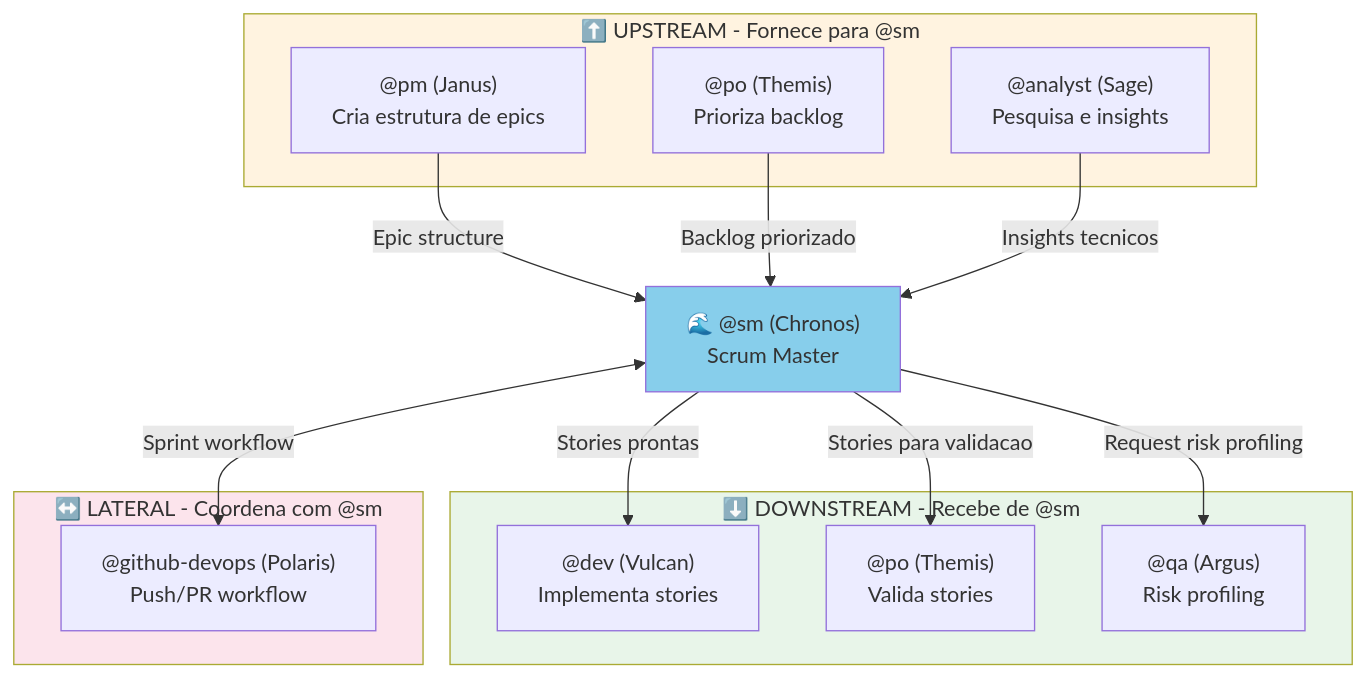
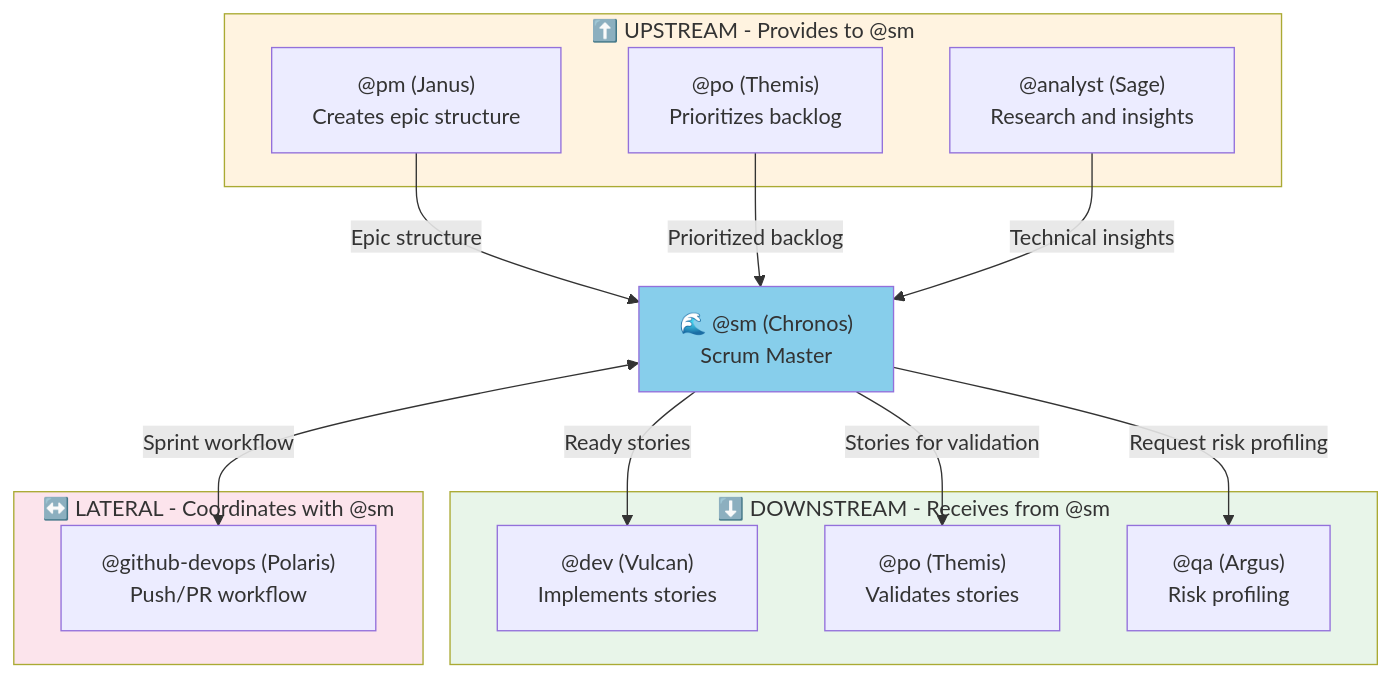
Before and after one commit to CyryxLabs/AEXOS: the fourth of 4 diagrams in docs/guides/agents/SM-SYSTEM.md, drawn with Mermaid. The commit also changed other lines of this file and 528 other files, not shown here.

````diff
--- a/docs/guides/agents/SM-SYSTEM.md
+++ b/docs/guides/agents/SM-SYSTEM.md
@@ -242,35 +242,35 @@
 ```mermaid
 flowchart TB
-    subgraph UPSTREAM["⬆️ UPSTREAM - Fornece para @sm"]
-        PM_UP["@pm (Janus)<br/>Cria estrutura de epics"]
-        PO_UP["@po (Themis)<br/>Prioriza backlog"]
-        ANALYST_UP["@analyst (Sage)<br/>Pesquisa e insights"]
+    subgraph UPSTREAM["⬆️ UPSTREAM - Provides to @sm"]
+        PM_UP["@pm (Janus)<br/>Creates epic structure"]
+        PO_UP["@po (Themis)<br/>Prioritizes backlog"]
+        ANALYST_UP["@analyst (Sage)<br/>Research and insights"]
     end
 
     SM_CENTRAL["🌊 @sm (Chronos)<br/>Scrum Master"]
 
-    subgraph DOWNSTREAM["⬇️ DOWNSTREAM - Recebe de @sm"]
-        DEV_DOWN["@dev (Vulcan)<br/>Implementa stories"]
-        PO_DOWN["@po (Themis)<br/>Valida stories"]
+    subgraph DOWNSTREAM["⬇️ DOWNSTREAM - Receives from @sm"]
+        DEV_DOWN["@dev (Vulcan)<br/>Implements stories"]
+        PO_DOWN["@po (Themis)<br/>Validates stories"]
         QA_DOWN["@qa (Argus)<br/>Risk profiling"]
     end
 
-    subgraph LATERAL["↔️ LATERAL - Coordena com @sm"]
+    subgraph LATERAL["↔️ LATERAL - Coordinates with @sm"]
         DEVOPS_LAT["@github-devops (Polaris)<br/>Push/PR workflow"]
     end
 
     PM_UP -->|"Epic structure"| SM_CENTRAL
-    PO_UP -->|"Backlog priorizado"| SM_CENTRAL
-    ANALYST_UP -->|"Insights tecnicos"| SM_CENTRAL
+    PO_UP -->|"Prioritized backlog"| SM_CENTRAL
+    ANALYST_UP -->|"Technical insights"| SM_CENTRAL
 
-    SM_CENTRAL -->|"Stories prontas"| DEV_DOWN
-    SM_CENTRAL -->|"Stories para validacao"| PO_DOWN
+    SM_CENTRAL -->|"Ready stories"| DEV_DOWN
+    SM_CENTRAL -->|"Stories for validation"| PO_DOWN
     SM_CENTRAL -->|"Request risk profiling"| QA_DOWN
 
     SM_CENTRAL <-->|"Sprint workflow"| DEVOPS_LAT
 
     style SM_CENTRAL fill:#87CEEB
     style UPSTREAM fill:#fff3e0
     style DOWNSTREAM fill:#e8f5e9
     style LATERAL fill:#fce4ec
 ```
````
